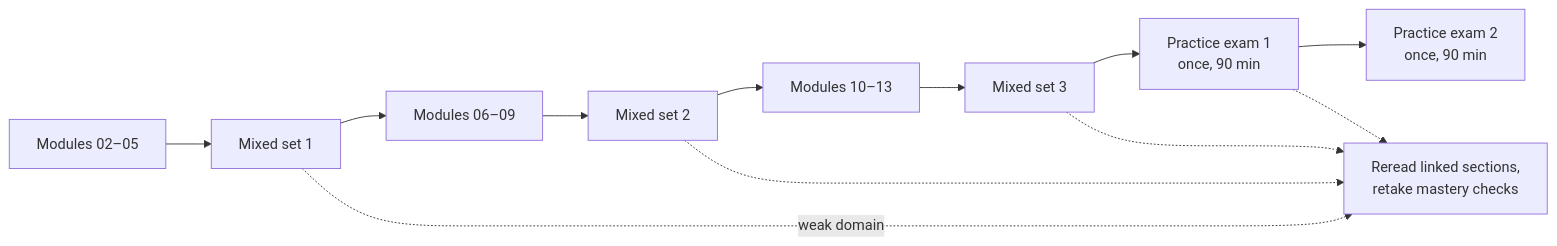
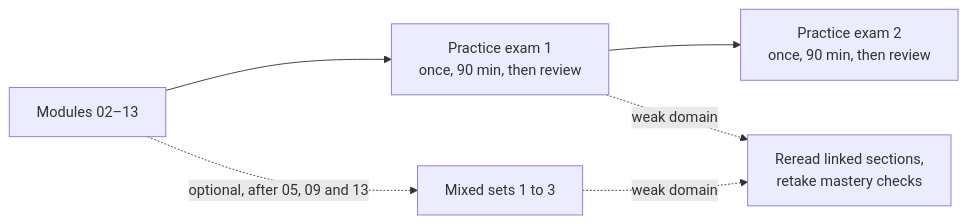
Before and after one commit to AutomateTheCloud/atc-study-aws_certified_cloud_practitioner: the diagram in guide/90-exam-prep/01-how-to-use-exam-prep.md, drawn with Mermaid. The commit also changed other lines of this file and 69 other files, not shown here.

First line of the commit message:
Make simulations and mixed sets optional and condense the start pages

````diff
--- a/guide/90-exam-prep/01-how-to-use-exam-prep.md
+++ b/guide/90-exam-prep/01-how-to-use-exam-prep.md
@@ -36,13 +36,9 @@
 ```mermaid
 flowchart LR
-  accTitle: Where the mixed sets and practice exams fit in the course
-  accDescr: Modules 02 to 05 lead to Mixed set 1, Modules 06 to 09 to Mixed set 2, and Modules 10 to 13 to Mixed set 3. After Mixed set 3 come Practice exam 1 and then Practice exam 2, each taken once, unseen, in 90 minutes. A weak domain on any of them sends you back to the linked lessons and the mastery checks.
-  M1["Modules 02–05"] --> S1["Mixed set 1"]
-  S1 --> M2["Modules 06–09"] --> S2["Mixed set 2"]
-  S2 --> M3["Modules 10–13"] --> S3["Mixed set 3"]
-  S3 --> E1["Practice exam 1<br/>once, 90 min"] --> E2["Practice exam 2<br/>once, 90 min"]
-  S1 -.->|"weak domain"| R["Reread linked sections,<br/>retake mastery checks"]
-  S2 -.-> R
-  S3 -.-> R
-  E1 -.-> R
+  accTitle: Where the practice exams and the optional mixed sets fit in the course
+  accDescr: The main path runs from Modules 02 to 13 to Practice exam 1 and then Practice exam 2, each taken once, unseen, in 90 minutes, then reviewed. Optional mixed sets can come after Module 05, Module 09 and Module 13. A weak domain on any of them sends you back to the linked lessons and the mastery checks.
+  M["Modules 02–13"] --> E1["Practice exam 1<br/>once, 90 min, then review"] --> E2["Practice exam 2<br/>once, 90 min, then review"]
+  M -.->|"optional, after 05, 09 and 13"| S["Mixed sets 1 to 3"]
+  E1 -.->|"weak domain"| R["Reread linked sections,<br/>retake mastery checks"]
+  S -.->|"weak domain"| R
 ```
````
